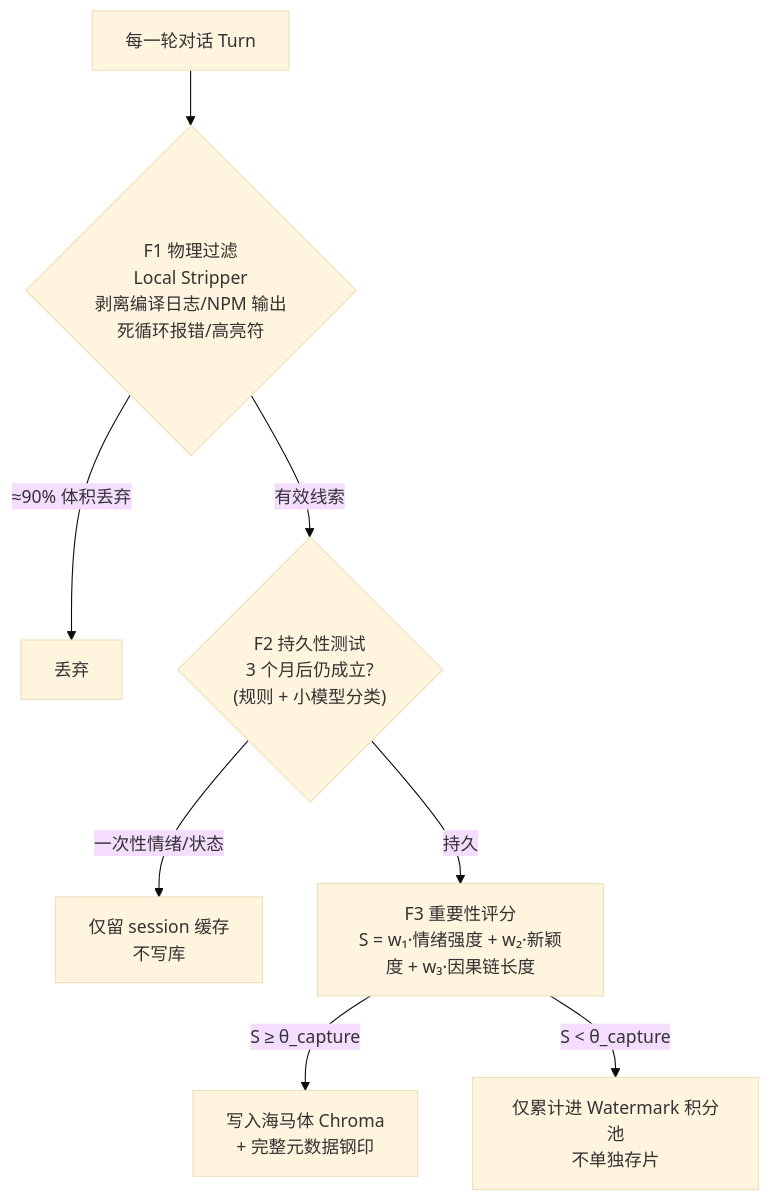
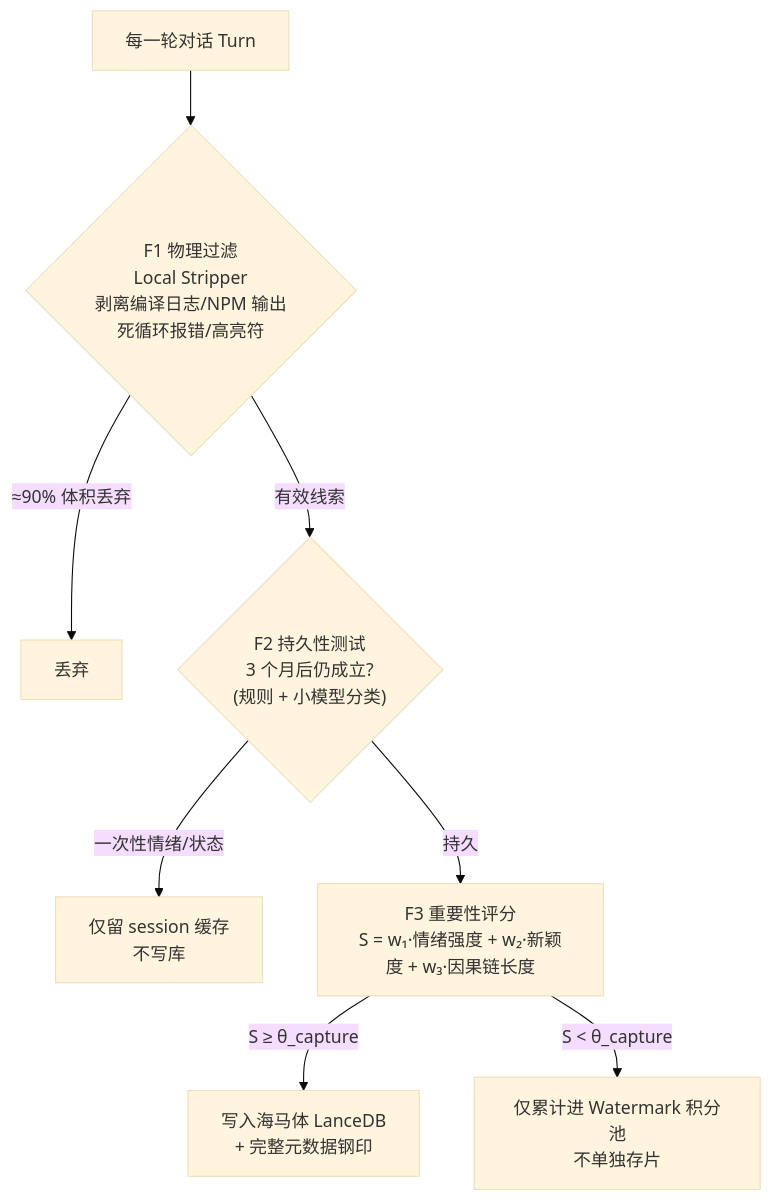
The second of 7 diagrams in docs/design/01-记忆管线五阶段.md (MnemoSeed/mnemoseed), drawn with Mermaid (base theme) before and after one commit. The commit also changed other lines of this file and 3 other files, not shown here.

````diff
--- a/docs/design/01-记忆管线五阶段.md
+++ b/docs/design/01-记忆管线五阶段.md
@@ -53,13 +53,13 @@
 ```mermaid
 flowchart TB
     Turn["每一轮对话 Turn"] --> F1
     F1{"F1 物理过滤<br/>Local Stripper<br/>剥离编译日志/NPM 输出<br/>死循环报错/高亮符"}
     F1 -->|"≈90% 体积丢弃"| Trash1["丢弃"]
     F1 -->|"有效线索"| F2
     F2{"F2 持久性测试<br/>3 个月后仍成立?<br/>(规则 + 小模型分类)"}
     F2 -->|"一次性情绪/状态"| Trash2["仅留 session 缓存<br/>不写库"]
     F2 -->|"持久"| F3
     F3["F3 重要性评分<br/>S = w₁·情绪强度 + w₂·新颖度 + w₃·因果链长度"]
-    F3 -->|"S ≥ θ_capture"| Write["写入海马体 Chroma<br/>+ 完整元数据钢印"]
+    F3 -->|"S ≥ θ_capture"| Write["写入海马体 LanceDB<br/>+ 完整元数据钢印"]
     F3 -->|"S < θ_capture"| PoolNote["仅累计进 Watermark 积分池<br/>不单独存片"]
 ```
````
